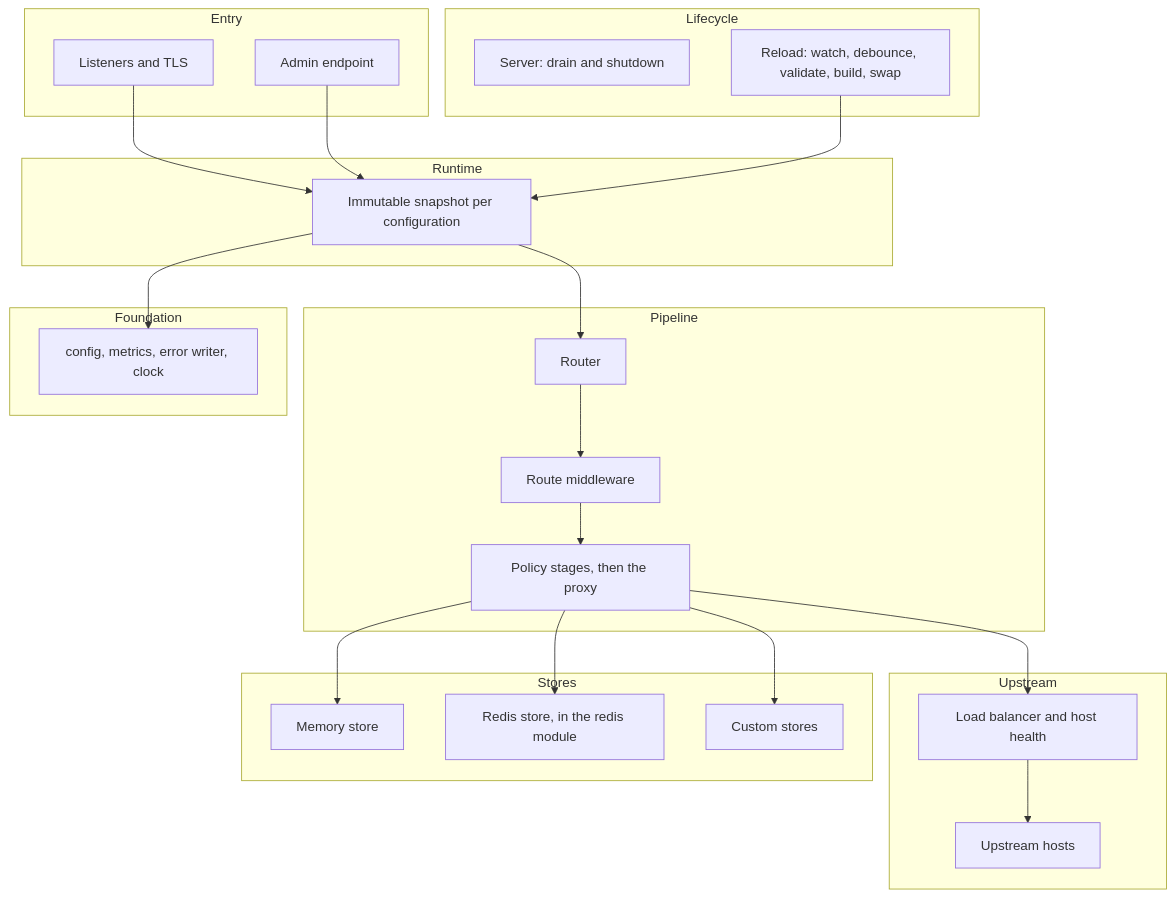
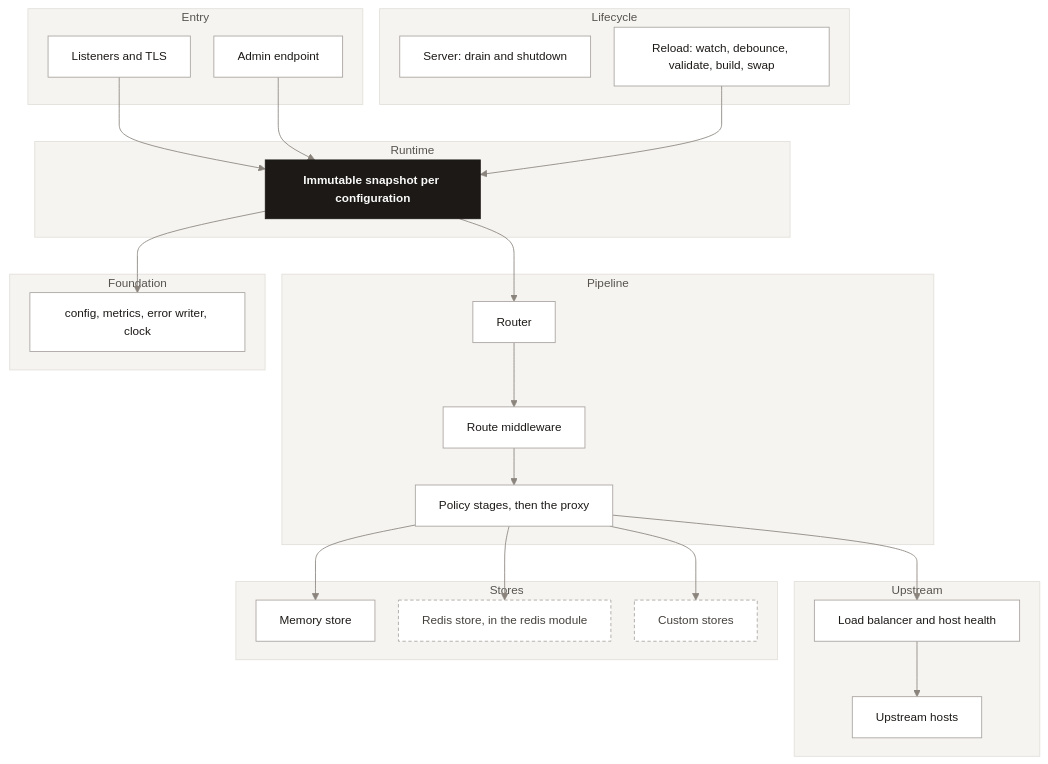
One commit to ok0/go-microgateway changed the first of 2 diagrams in docs/architecture.md. Above: the diagram before and after it, drawn with Mermaid. The commit also changed other lines of this file and 4 other files, not shown here.

Commit message:
docs: restyle the Mermaid diagrams with a neutral theme

````diff
--- a/docs/architecture.md
+++ b/docs/architecture.md
@@ -17,37 +17,43 @@
 ```mermaid
+%%{init: {"theme": "base", "themeVariables": {"fontFamily": "-apple-system, BlinkMacSystemFont, Segoe UI, Helvetica, Arial, sans-serif", "fontSize": "14px", "primaryColor": "#ffffff", "primaryTextColor": "#1c1917", "primaryBorderColor": "#a8a29e", "lineColor": "#8a847d", "clusterBkg": "#f5f4f1", "clusterBorder": "#e2dfd9", "titleColor": "#57534e", "edgeLabelBackground": "#ffffff", "actorBkg": "#ffffff", "actorBorder": "#a8a29e", "actorTextColor": "#1c1917", "actorLineColor": "#d6d3cd", "signalColor": "#8a847d", "signalTextColor": "#7d7670", "labelBoxBkgColor": "#f5f4f1", "labelBoxBorderColor": "#d6d3cd", "labelTextColor": "#1c1917", "loopTextColor": "#7d7670", "noteBkgColor": "#f5f4f1", "noteBorderColor": "#d6d3cd", "noteTextColor": "#1c1917", "activationBkgColor": "#f5f4f1", "activationBorderColor": "#a8a29e"}, "flowchart": {"curve": "basis", "nodeSpacing": 28, "rankSpacing": 44, "padding": 14}}}%%
 flowchart TD
   subgraph Entry
     LST["Listeners and TLS"]
     ADM["Admin endpoint"]
   end
   subgraph Lifecycle
     SRV["Server: drain and shutdown"]
     RLD["Reload: watch, debounce, validate, build, swap"]
   end
   subgraph Runtime
     SNP["Immutable snapshot per configuration"]
   end
   subgraph Pipeline
     ROU["Router"] --> MW["Route middleware"] --> STG["Policy stages, then the proxy"]
   end
   subgraph Upstream
     LB["Load balancer and host health"] --> UP["Upstream hosts"]
   end
   subgraph Stores
     MEM["Memory store"]
     RED["Redis store, in the redis module"]
     CST["Custom stores"]
   end
   subgraph Foundation
     CFG["config, metrics, error writer, clock"]
   end
   LST --> SNP
   ADM --> SNP
   RLD --> SNP
   SNP --> ROU
   STG --> LB
   STG --> MEM
   STG --> RED
   STG --> CST
   SNP --> CFG
+
+  classDef core fill:#1c1917,stroke:#1c1917,color:#fafaf9,font-weight:600
+  classDef external fill:#ffffff,stroke:#a8a29e,stroke-dasharray:4 3,color:#44403c
+  class SNP core
+  class RED,CST external
 ```
````
